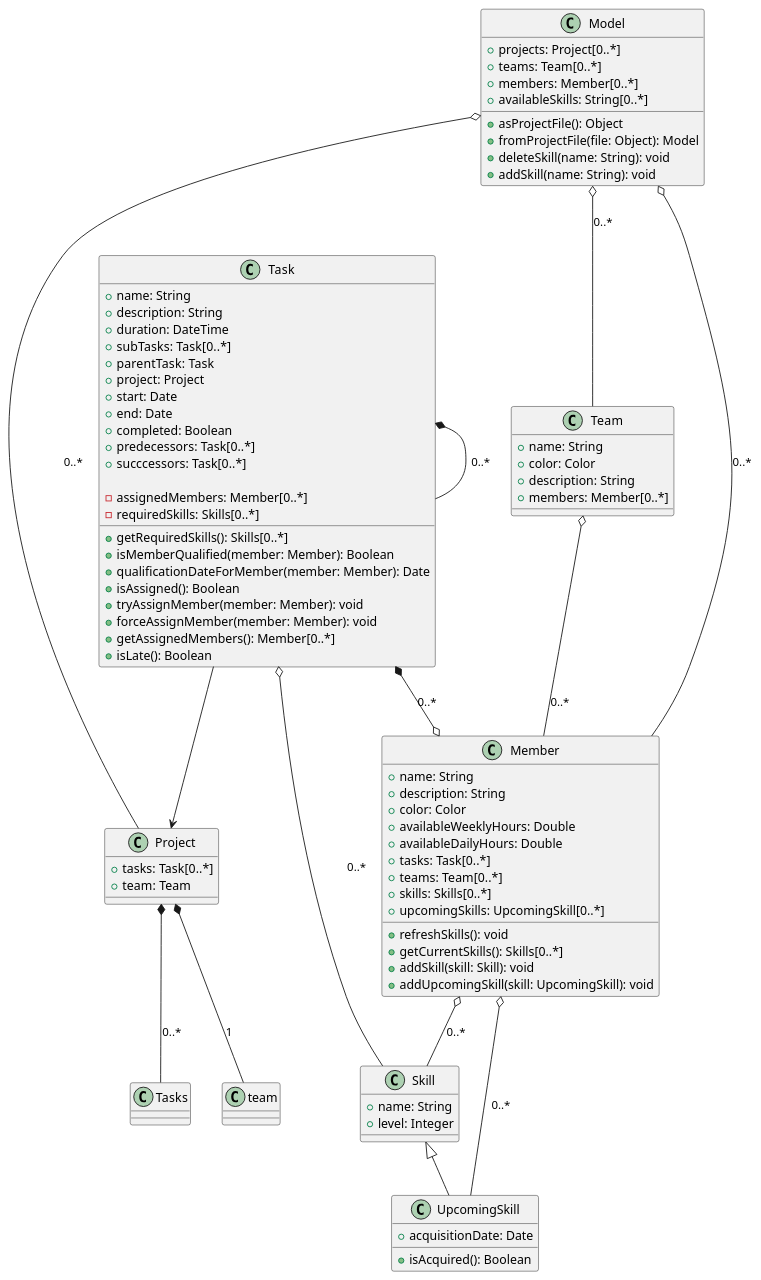
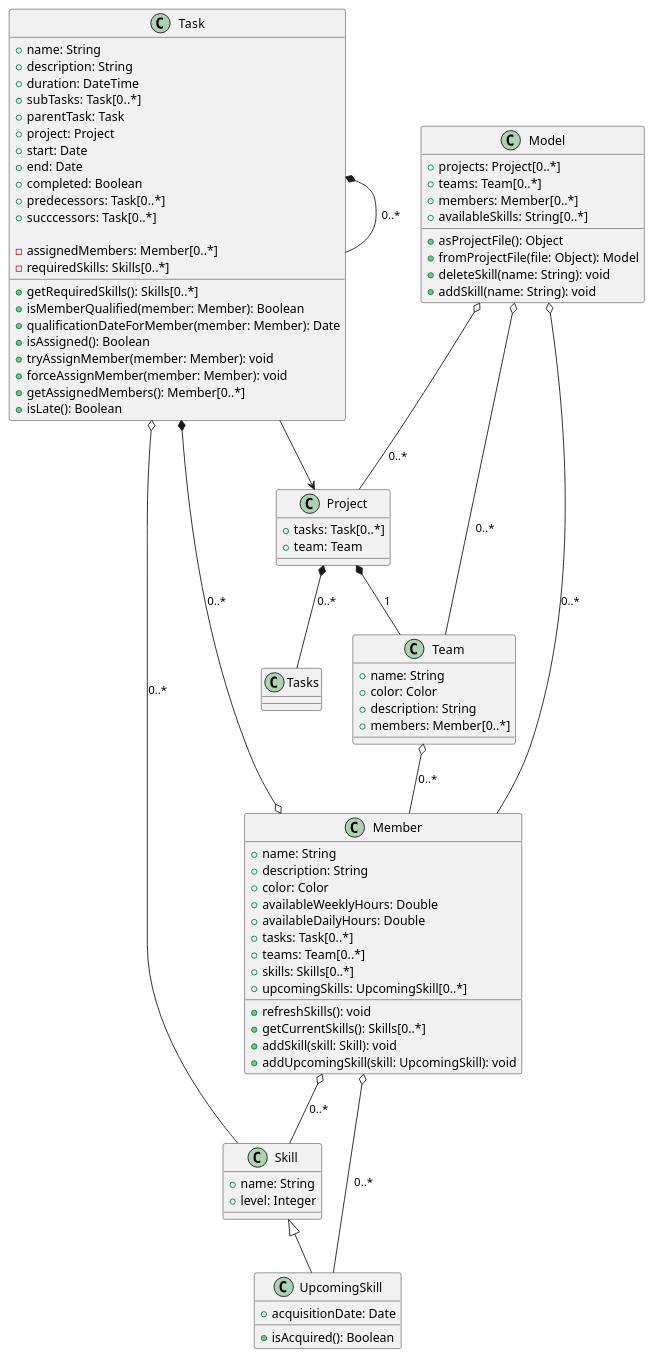
Before and after one commit to MrMarcoux/AnthroProject: the diagram in documentation/UML/Model.puml, drawn with PlantUML. The commit also changed 10 other files, not shown here.

Commit message:
Corrected UML and added basis for model

```diff
--- a/documentation/UML/Model.puml
+++ b/documentation/UML/Model.puml
@@ -1,94 +1,94 @@
 @startuml
 
 Class Project {
     + tasks: Task[0..*]
     + team: Team
 }
 
 Class Task {
     + name: String
     + description: String
     + duration: DateTime
     + subTasks: Task[0..*]
     + parentTask: Task
     + project: Project
     + start: Date
     + end: Date
     + completed: Boolean
     + predecessors: Task[0..*]
     + succcessors: Task[0..*]
 
     - assignedMembers: Member[0..*]
     - requiredSkills: Skills[0..*]
     
     + getRequiredSkills(): Skills[0..*]
     + isMemberQualified(member: Member): Boolean
     + qualificationDateForMember(member: Member): Date
     + isAssigned(): Boolean
     + tryAssignMember(member: Member): void
     + forceAssignMember(member: Member): void
     + getAssignedMembers(): Member[0..*]
     + isLate(): Boolean
 }
 
 Class Skill {
     + name: String
     + level: Integer     
 }
 
 Class UpcomingSkill extends Skill {
     + acquisitionDate: Date
     + isAcquired(): Boolean
 }
 
 Class Member {
     + name: String
     + description: String
     + color: Color
     + availableWeeklyHours: Double
     + availableDailyHours: Double 
     + tasks: Task[0..*]
     + teams: Team[0..*]    
     + skills: Skills[0..*]
     + upcomingSkills: UpcomingSkill[0..*]
     
     + refreshSkills(): void
     + getCurrentSkills(): Skills[0..*]
     + addSkill(skill: Skill): void
     + addUpcomingSkill(skill: UpcomingSkill): void
 }
 
 Class Team {
     + name: String
     + color: Color
     + description: String
     + members: Member[0..*]
 }
 
 Class Model {
     + projects: Project[0..*]
     + teams: Team[0..*]
     + members: Member[0..*]
     + availableSkills: String[0..*]
 
     + asProjectFile(): Object
     + fromProjectFile(file: Object): Model
     + deleteSkill(name: String): void
     + addSkill(name: String): void
 
 }
 
 Task *-- Task : 0..*
 Task *--o Member: 0..*
 Task --> Project
 Project *-- Tasks: 0..*
-Project *-- team: 1
+Project *-- Team: 1
 Task o-- Skill: 0..*
 Member o-- Skill: 0..*
 Member o-- UpcomingSkill: 0..*
 Team o-- Member: 0..*
 Model o-- Team: 0..*
 Model o-- Member: 0..*
 Model o-- Project: 0..*
 
 @enduml
```
